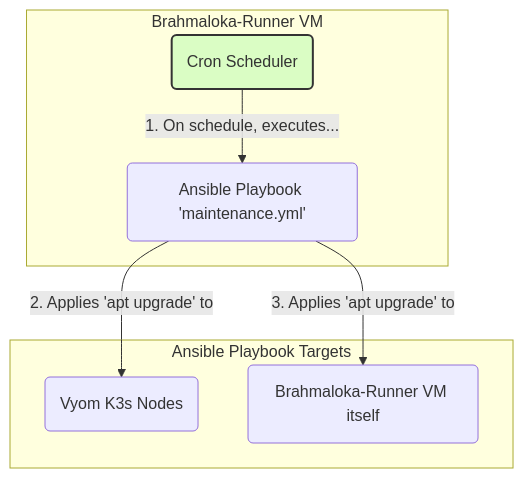
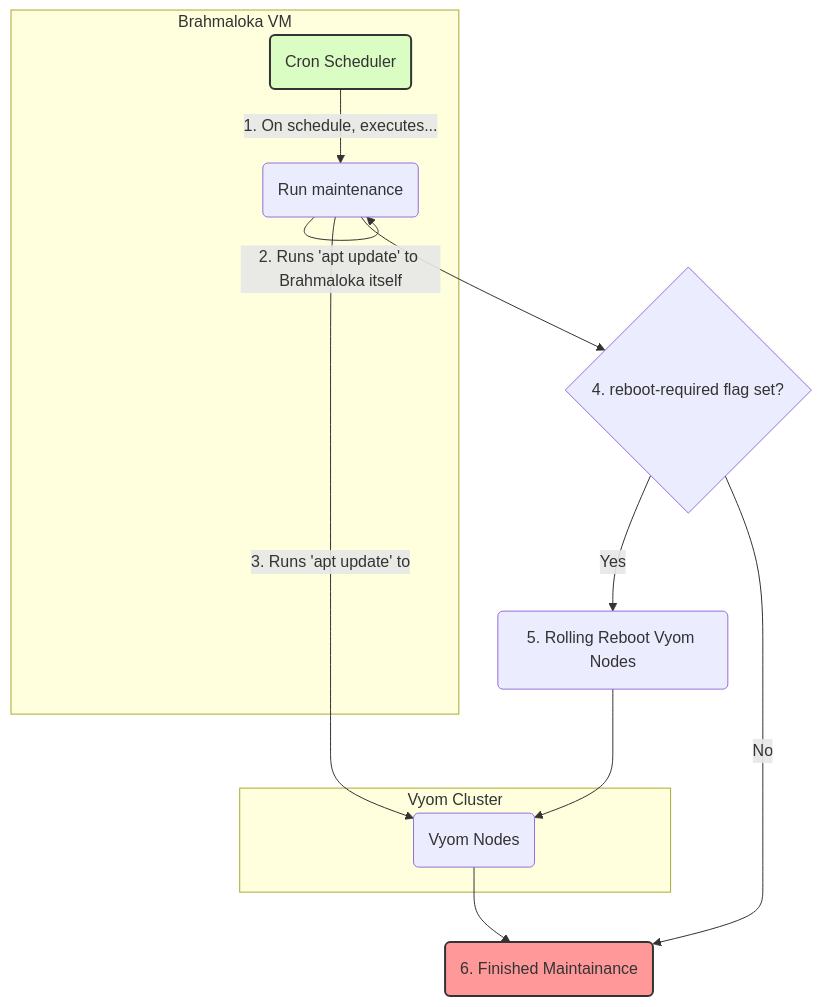
One commit to a4abhishek/project-brahmanda changed the third of 3 diagrams in vaastu/manthana/RFC-011-Brahmaloka-Orchestration-Plane-Strategy.md. Above: the diagram before and after it, drawn with Mermaid. The commit also changed other lines of this file and 11 other files, not shown here.

````diff
--- a/vaastu/manthana/RFC-011-Brahmaloka-Orchestration-Plane-Strategy.md
+++ b/vaastu/manthana/RFC-011-Brahmaloka-Orchestration-Plane-Strategy.md
@@ -109,16 +121,22 @@
   ```mermaid
   graph TD
-      subgraph "Brahmaloka-Runner VM"
-          A(Cron Scheduler) -- "1. On schedule, executes..." --> B(Ansible Playbook 'maintenance.yml');
+      subgraph "Brahmaloka VM"
+          A(Cron Scheduler) -- "1. On schedule, executes..." --> B(Run maintenance);
       end;
 
-      subgraph "Ansible Playbook Targets"
-          C(Vyom K3s Nodes);
-          D(Brahmaloka-Runner VM itself);
+      subgraph "Vyom Cluster"
+          C(Vyom Nodes);
       end;
 
-      B -- "2. Applies 'apt upgrade' to" --> C;
-      B -- "3. Applies 'apt upgrade' to" --> D;
+      B -- "2. Runs 'apt update' to Brahmaloka itself" --> B;
+      B -- "3. Runs 'apt update' to" --> C;
+      B --> D{"4. reboot-required flag set?"};
+      E(5. Rolling Reboot Vyom Nodes) --> C;
+      D -- Yes --> E;
+      D -- No --> F;
+      C --> F;
+      F(6. Finished Maintainance);
 
       style A fill:#dafdc4,stroke:#333,stroke-width:2px;
+      style F fill:#f99,stroke:#333,stroke-width:2px;
   ```
````
